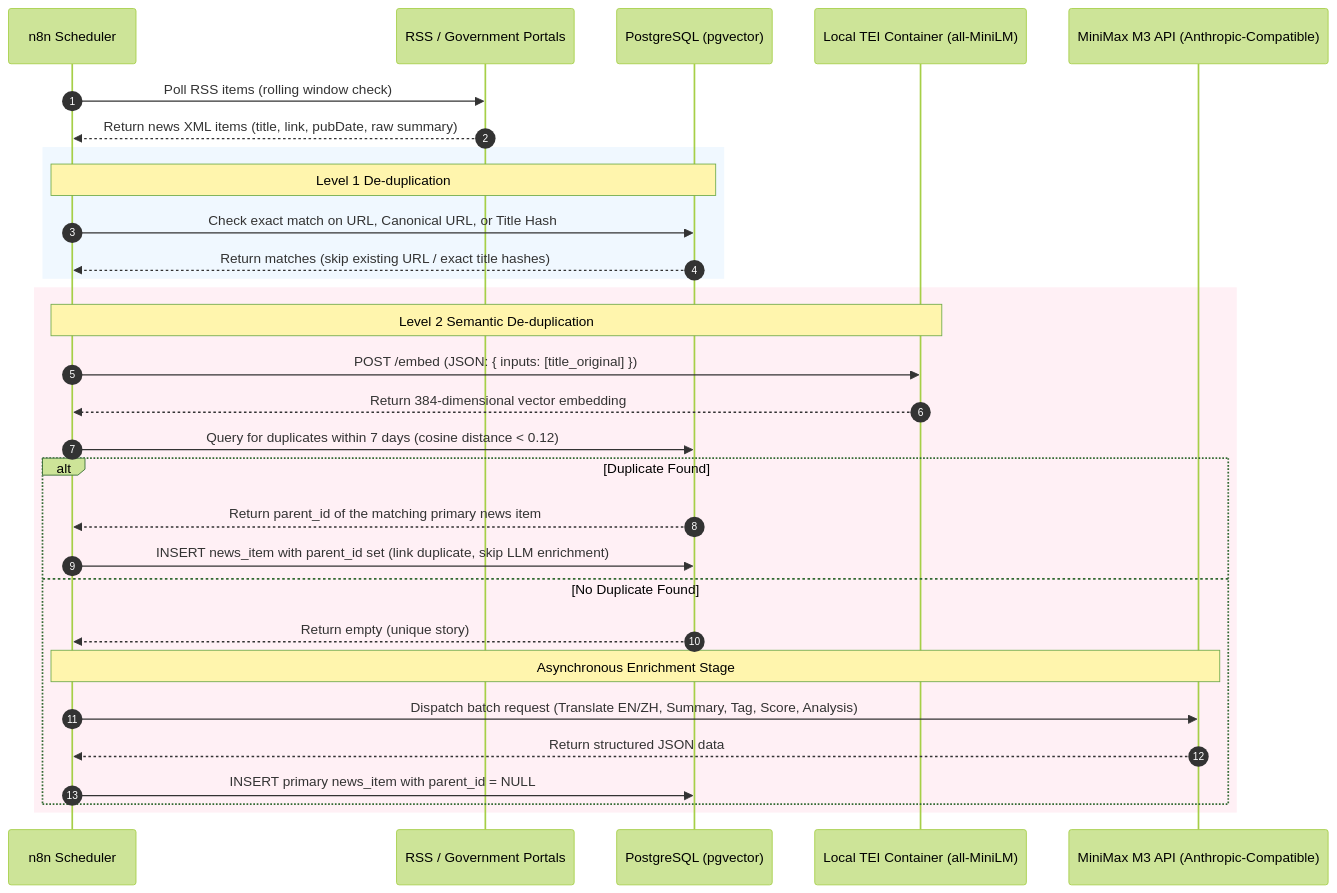
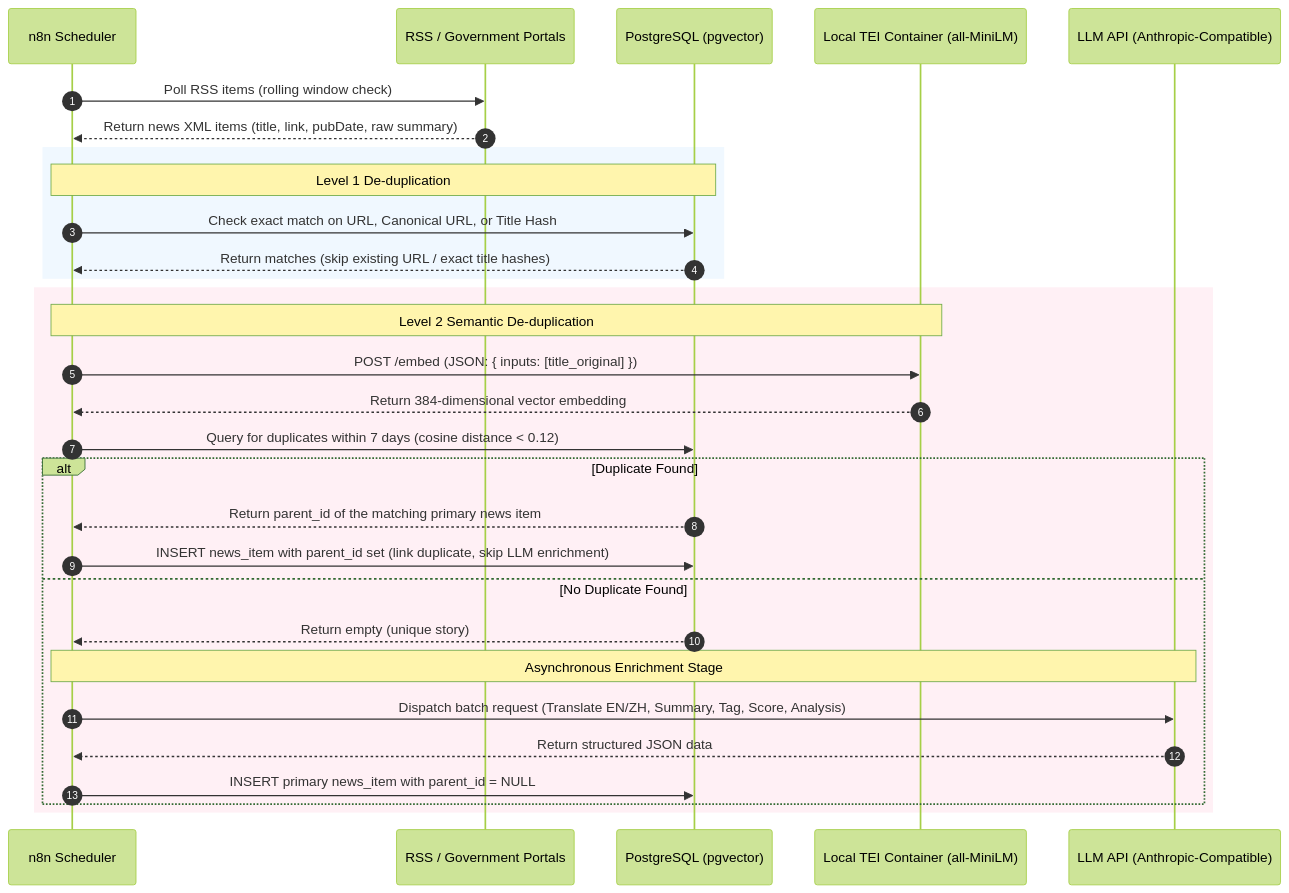
Before and after one commit to availlogic/immi_pulse: the second of 2 diagrams in docs/Architecture.md, drawn with Mermaid (forest theme). The commit also changed other lines of this file and 12 other files, not shown here.

````diff
--- a/docs/Architecture.md
+++ b/docs/Architecture.md
@@ -92,35 +92,35 @@
 ```mermaid
 sequenceDiagram
     autonumber
     participant Cron as n8n Scheduler
     participant Source as RSS / Government Portals
     participant DB as PostgreSQL (pgvector)
     participant TEI as Local TEI Container (all-MiniLM)
-    participant LLM as MiniMax M3 API (Anthropic-Compatible)
+    participant LLM as LLM API (Anthropic-Compatible)
     
     Cron->>Source: Poll RSS items (rolling window check)
     Source-->>Cron: Return news XML items (title, link, pubDate, raw summary)
     
     rect rgb(240, 248, 255)
     Note over Cron, DB: Level 1 De-duplication
     Cron->>DB: Check exact match on URL, Canonical URL, or Title Hash
     DB-->>Cron: Return matches (skip existing URL / exact title hashes)
     end
     
     rect rgb(255, 240, 245)
     Note over Cron, TEI: Level 2 Semantic De-duplication
     Cron->>TEI: POST /embed (JSON: { inputs: [title_original] })
     TEI-->>Cron: Return 384-dimensional vector embedding
     Cron->>DB: Query for duplicates within 7 days (cosine distance < 0.12)
     alt Duplicate Found
         DB-->>Cron: Return parent_id of the matching primary news item
         Cron->>DB: INSERT news_item with parent_id set (link duplicate, skip LLM enrichment)
     else No Duplicate Found
         DB-->>Cron: Return empty (unique story)
         Note over Cron, LLM: Asynchronous Enrichment Stage
         Cron->>LLM: Dispatch batch request (Translate EN/ZH, Summary, Tag, Score, Analysis)
         LLM-->>Cron: Return structured JSON data
         Cron->>DB: INSERT primary news_item with parent_id = NULL
     end
     end
 ```
````
